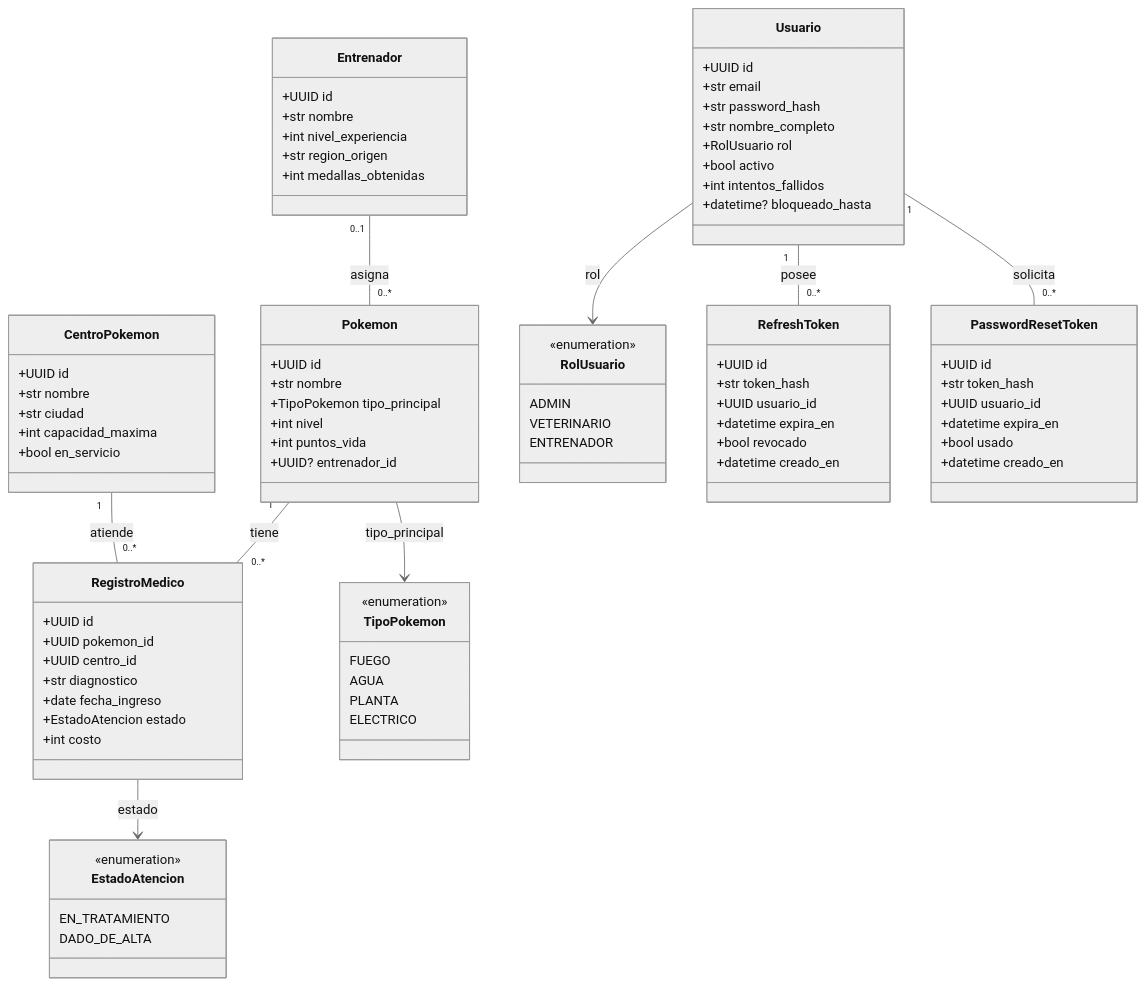
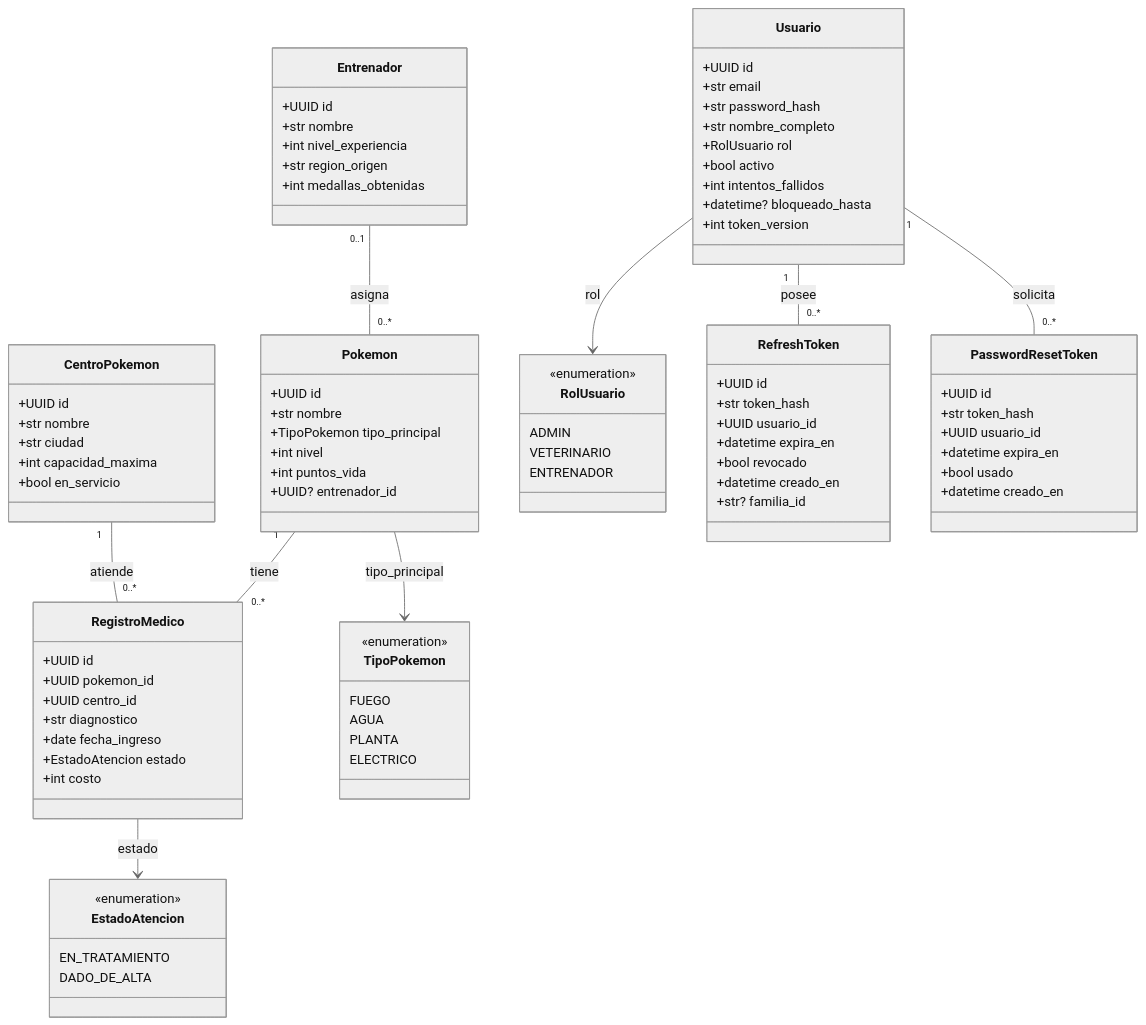
Before and after one commit to Cristobaaaal/backend-grupo1-sec3: the first of 5 diagrams in docs/diagramas.md, drawn with Mermaid (neutral theme). The commit also changed other lines of this file, not shown here.

Commit message:
docs(diagramas): actualizar diagramas a PostgreSQL, seguridad, sesiones y recuperacion

```diff
--- a/docs/diagramas.md
+++ b/docs/diagramas.md
@@ -66,6 +66,7 @@
         +bool activo
         +int intentos_fallidos
         +datetime? bloqueado_hasta
+        +int token_version
     }
     class RefreshToken {
         +UUID id
@@ -74,6 +75,7 @@
         +datetime expira_en
         +bool revocado
         +datetime creado_en
+        +str? familia_id
     }
     class PasswordResetToken {
         +UUID id
```
